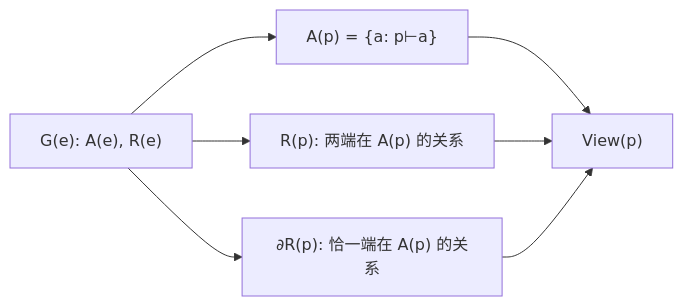
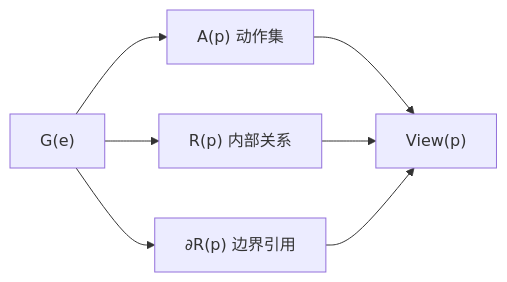
One commit to AgenticFinLab/FinMycelium changed the third of 4 diagrams in docs/structures/8-formal-model.md. Above: the diagram before and after it, drawn with Mermaid. The commit also changed other lines of this file and 8 other files, not shown here.

First line of the commit message:
docs: fix Mermaid render errors and simplify framework diagrams

````diff
--- a/docs/structures/8-formal-model.md
+++ b/docs/structures/8-formal-model.md
@@ -189,9 +188,9 @@
 ```mermaid
 flowchart LR
-    GE["G(e): A(e), R(e)"] --> A["A(p) = {a: p⊢a}"]
-    GE --> R["R(p): 两端在 A(p) 的关系"]
-    GE --> D["∂R(p): 恰一端在 A(p) 的关系"]
+    GE["G(e)"] --> A["A(p) 动作集"]
+    GE --> R["R(p) 内部关系"]
+    GE --> D["∂R(p) 边界引用"]
     A --> V["View(p)"]
     R --> V
     D --> V
 ```
````
